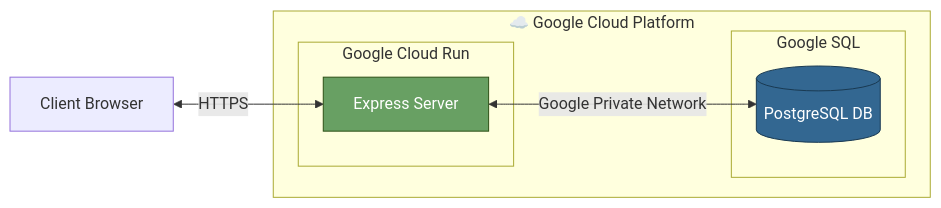
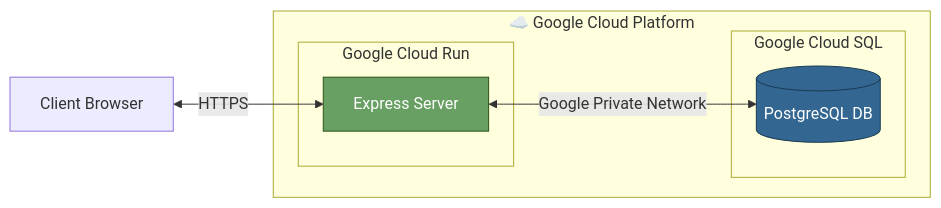
The first of 3 diagrams in README.md (ernestviola/members-only), drawn with Mermaid before and after one commit. The commit also changed other lines of this file and 3 other files, not shown here.

````diff
--- a/README.md
+++ b/README.md
@@ -11,22 +11,22 @@
 ```mermaid
 flowchart LR
   client[Client Browser]
 
 
   subgraph gcp[☁️ Google Cloud Platform]
     subgraph gcr[Google Cloud Run]
       express[Express Server]
     end
-    subgraph gsql[Google SQL]
+    subgraph gsql[Google Cloud SQL]
       db[(PostgreSQL DB)]
     end
   end
 
   client <-->|HTTPS| express
   express <-->|Google Private Network| db
 
 
 
   style db fill:#336791,stroke:#1a3a52,color:#fff
   style express fill:#68a063,stroke:#2d5016,color:#fff
 ```
````
